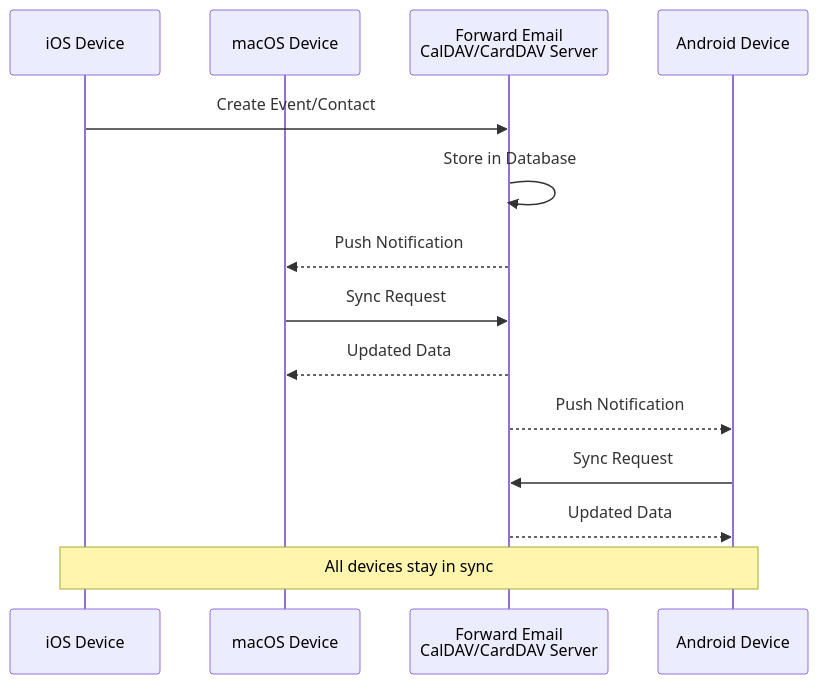
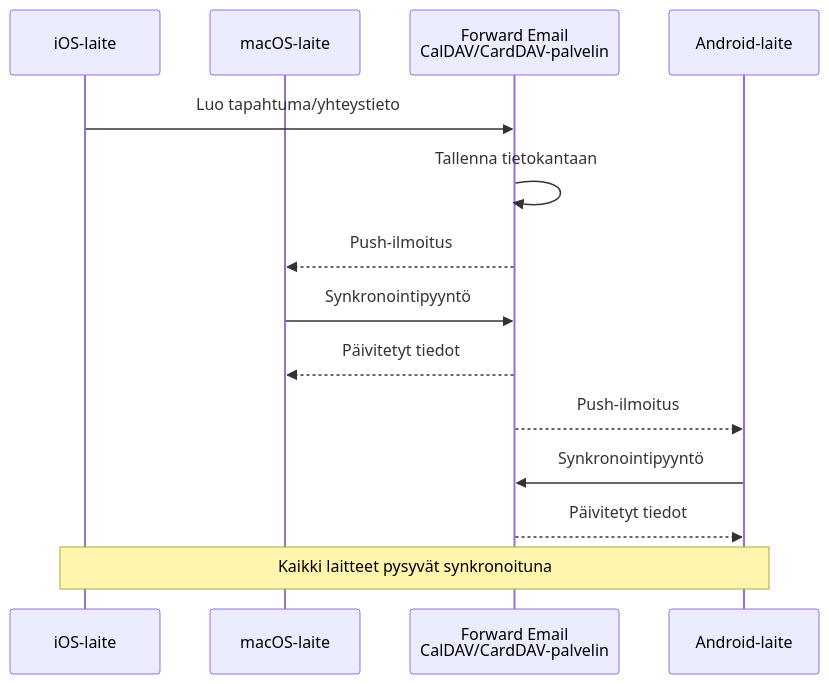
Before and after one commit to forwardemail/forwardemail.net: the eighth of 16 diagrams in app/views/docs/email-protocols-rfc-compliance-imap-smtp-pop3-comparison/index-fi.md, drawn with Mermaid. The commit also changed other lines of this file and 1055 other files, not shown here.

````diff
--- a/app/views/docs/email-protocols-rfc-compliance-imap-smtp-pop3-comparison/index-fi.md
+++ b/app/views/docs/email-protocols-rfc-compliance-imap-smtp-pop3-comparison/index-fi.md
@@ -1070,18 +1063,18 @@
 ```mermaid
 sequenceDiagram
-    participant iOS as iOS Device
-    participant Mac as macOS Device
-    participant FE as Forward Email<br/>CalDAV/CardDAV Server
-    participant Android as Android Device
+    participant iOS as iOS-laite
+    participant Mac as macOS-laite
+    participant FE as Forward Email<br/>CalDAV/CardDAV-palvelin
+    participant Android as Android-laite
 
-    iOS->>FE: Create Event/Contact
-    FE->>FE: Store in Database
-    FE-->>Mac: Push Notification
-    Mac->>FE: Sync Request
-    FE-->>Mac: Updated Data
-    FE-->>Android: Push Notification
-    Android->>FE: Sync Request
-    FE-->>Android: Updated Data
+    iOS->>FE: Luo tapahtuma/yhteystieto
+    FE->>FE: Tallenna tietokantaan
+    FE-->>Mac: Push-ilmoitus
+    Mac->>FE: Synkronointipyyntö
+    FE-->>Mac: Päivitetyt tiedot
+    FE-->>Android: Push-ilmoitus
+    Android->>FE: Synkronointipyyntö
+    FE-->>Android: Päivitetyt tiedot
 
-    Note over iOS,Android: All devices stay in sync
+    Note over iOS,Android: Kaikki laitteet pysyvät synkronoituna
 ```
````
